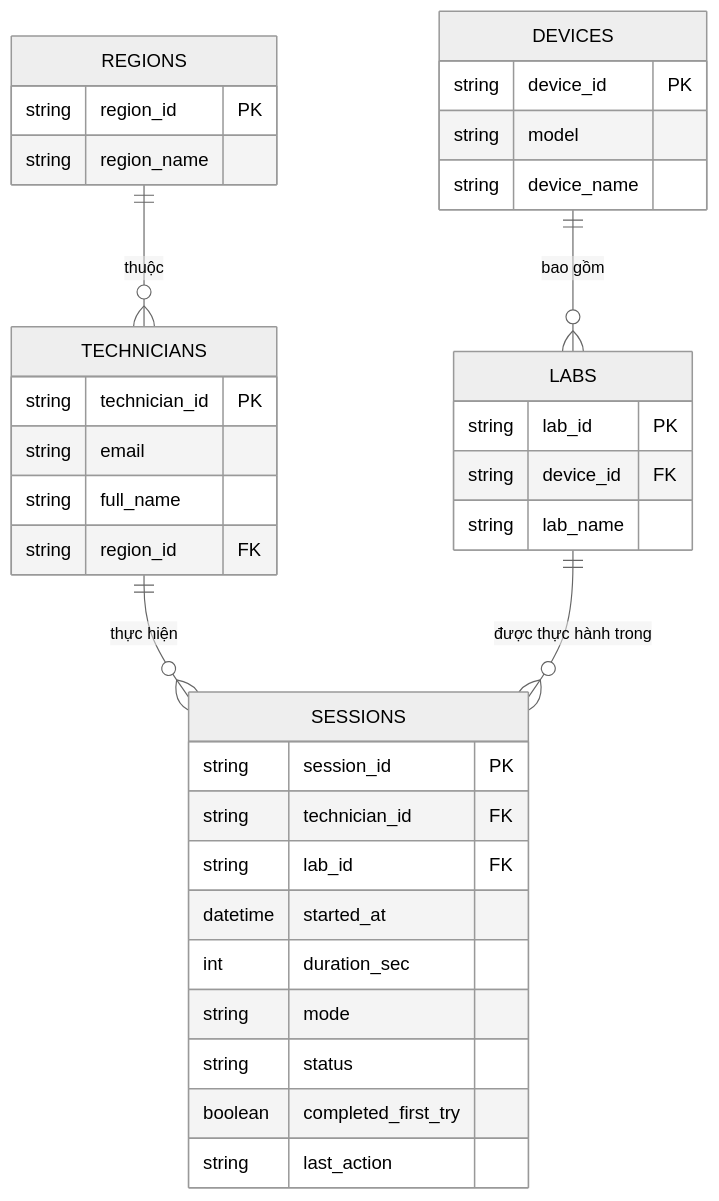
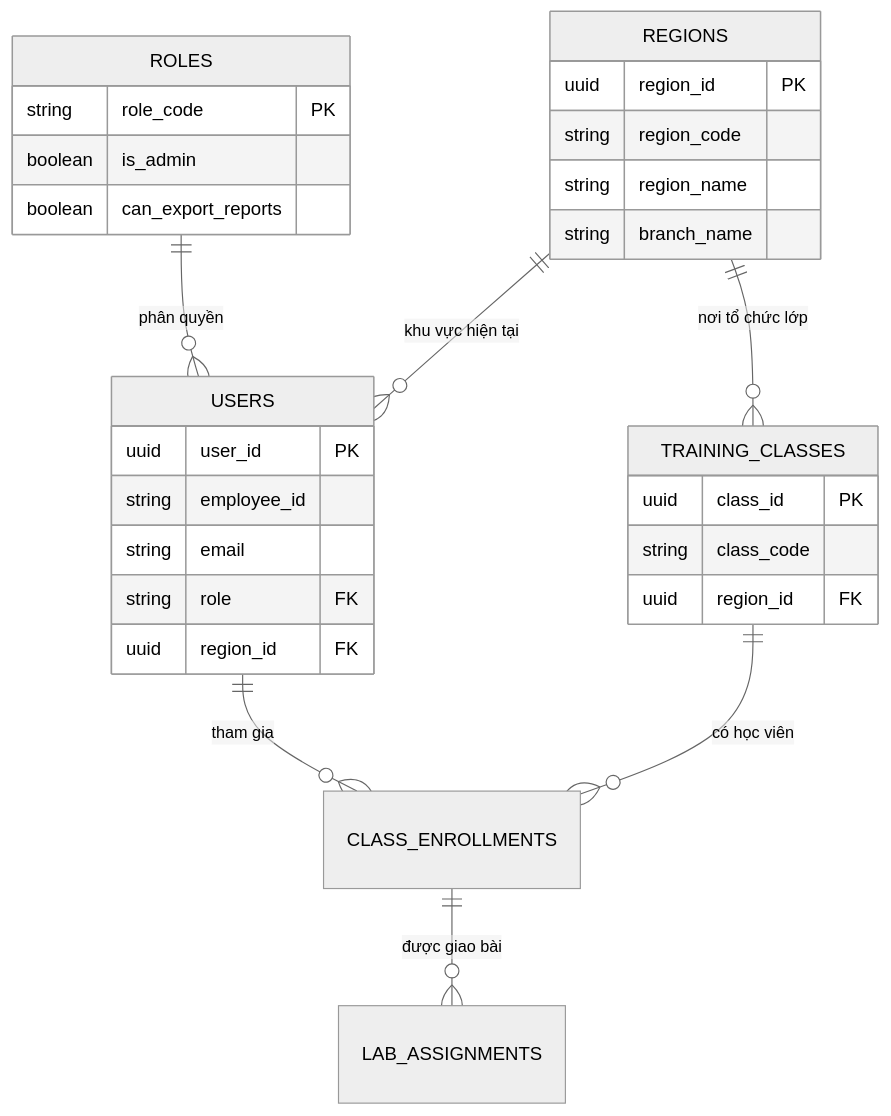
The diagram in dashboard-authen/DATABASE_SCHEMA.md (thanhtungdev05/NETWORK-SIMULATOR), drawn with Mermaid (neutral theme) before and after one commit. The commit also changed other lines of this file and 16 other files, not shown here.

````diff
--- a/dashboard-authen/DATABASE_SCHEMA.md
+++ b/dashboard-authen/DATABASE_SCHEMA.md
@@ -11,39 +11,33 @@
 ```mermaid
 erDiagram
-    REGIONS ||--o{ TECHNICIANS : "thuộc"
-    TECHNICIANS ||--o{ SESSIONS : "thực hiện"
-    DEVICES ||--o{ LABS : "bao gồm"
-    LABS ||--o{ SESSIONS : "được thực hành trong"
+    ROLES ||--o{ USERS : "phân quyền"
+    REGIONS ||--o{ USERS : "khu vực hiện tại"
+    USERS ||--o{ CLASS_ENROLLMENTS : "tham gia"
+    TRAINING_CLASSES ||--o{ CLASS_ENROLLMENTS : "có học viên"
+    REGIONS ||--o{ TRAINING_CLASSES : "nơi tổ chức lớp"
+    CLASS_ENROLLMENTS ||--o{ LAB_ASSIGNMENTS : "được giao bài"
 
+    USERS {
+        uuid user_id PK
+        string employee_id
+        string email
+        string role FK
+        uuid region_id FK
+    }
+    ROLES {
+        string role_code PK
+        boolean is_admin
+        boolean can_export_reports
+    }
     REGIONS {
-        string region_id PK
+        uuid region_id PK
+        string region_code
         string region_name
+        string branch_name
     }
-    TECHNICIANS {
-        string technician_id PK
-        string email
-        string full_name
-        string region_id FK
-    }
-    DEVICES {
-        string device_id PK
-        string model
-        string device_name
-    }
-    LABS {
-        string lab_id PK
-        string device_id FK
-        string lab_name
-    }
-    SESSIONS {
-        string session_id PK
-        string technician_id FK
-        string lab_id FK
-        datetime started_at
-        int duration_sec
-        string mode
-        string status
-        boolean completed_first_try
-        string last_action
+    TRAINING_CLASSES {
+        uuid class_id PK
+        string class_code
+        uuid region_id FK
     }
 ```
````
